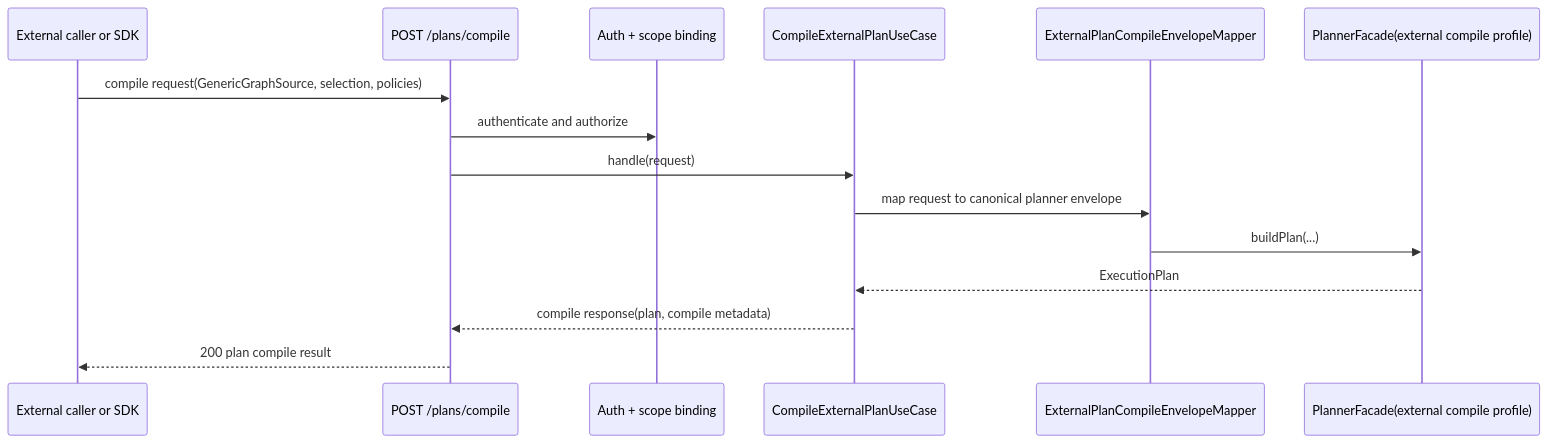
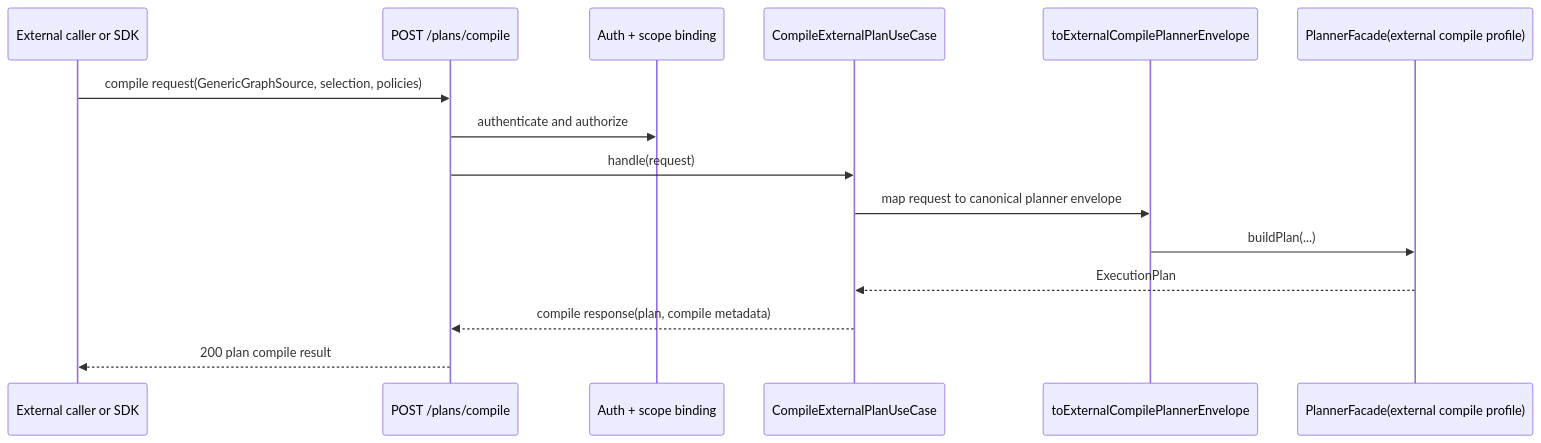
Before and after one commit to dunay2/dvt: the fifth of 7 diagrams in docs/planning/proposals/mandatory/runtime-and-contracts/mw-d1-external-plan-definition-sdk-api-plan-20260417.md, drawn with Mermaid. The commit also changed other lines of this file and 54 other files, not shown here.

Commit message:
refactor(api): Split plan route and compile boundary seams

````diff
--- a/docs/planning/proposals/mandatory/runtime-and-contracts/mw-d1-external-plan-definition-sdk-api-plan-20260417.md
+++ b/docs/planning/proposals/mandatory/runtime-and-contracts/mw-d1-external-plan-definition-sdk-api-plan-20260417.md
@@ -692,18 +695,18 @@
 ```mermaid
 sequenceDiagram
   participant Client as External caller or SDK
   participant Route as POST /plans/compile
   participant Auth as Auth + scope binding
   participant UseCase as CompileExternalPlanUseCase
-  participant Mapper as ExternalPlanCompileEnvelopeMapper
+  participant Mapper as toExternalCompilePlannerEnvelope
   participant Planner as PlannerFacade(external compile profile)
 
   Client->>Route: compile request(GenericGraphSource, selection, policies)
   Route->>Auth: authenticate and authorize
   Route->>UseCase: handle(request)
   UseCase->>Mapper: map request to canonical planner envelope
   Mapper->>Planner: buildPlan(...)
   Planner-->>UseCase: ExecutionPlan
   UseCase-->>Route: compile response(plan, compile metadata)
   Route-->>Client: 200 plan compile result
 ```
````
